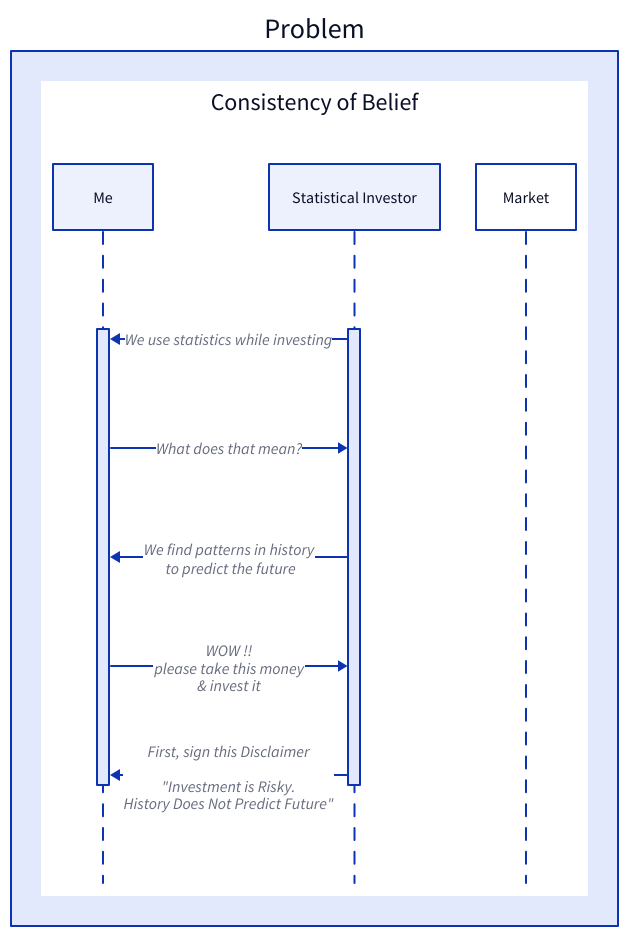
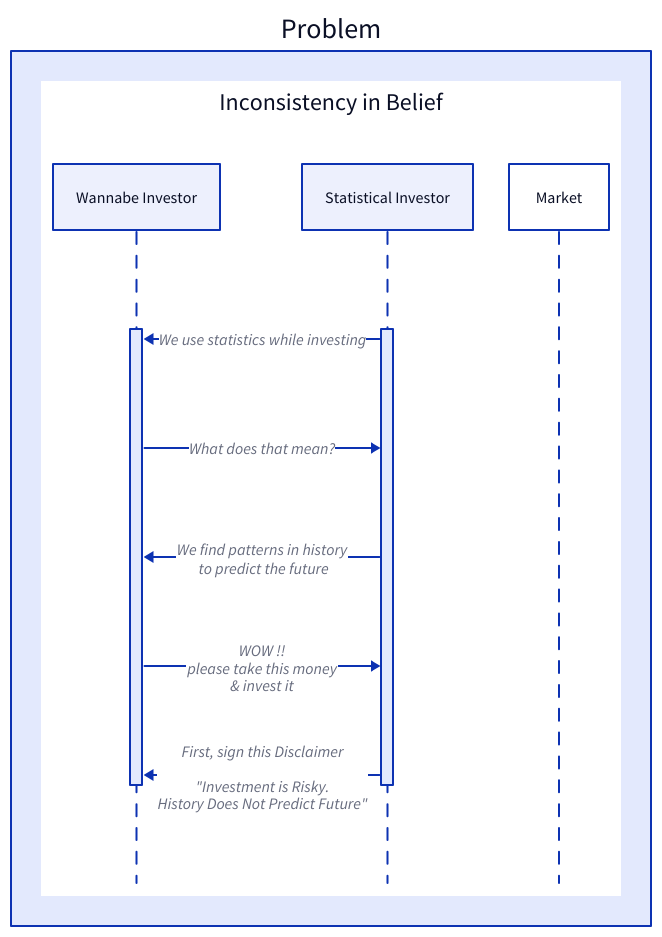
One commit to wqustudent/madoff changed the diagram in report/images/m3__SI__problem_1.d2. Above: the diagram before and after it, drawn with D2. The commit also changed 7 other files, not shown here.

```diff
--- a/report/images/m3__SI__problem_1.d2
+++ b/report/images/m3__SI__problem_1.d2
@@ -1,17 +1,17 @@
 direction: right
 Problem: {
 
-  problem: Consistency of Belief {
+  problem: Inconsistency in Belief {
     shape: sequence_diagram
-    me: Me
+    me: Wannabe Investor
     si: Statistical Investor
     mm: Market
 
     si.entry -> me.entry: We use statistics while investing
     me.entry -> si.entry: What does that mean?
     si.entry -> me.entry: We find patterns in history\n to predict the future
     me.entry -> si.entry: WOW !!\nplease take this money\n& invest it
     si.entry -> me.entry: First, sign this Disclaimer\n\n"Investment is Risky.\nHistory Does Not Predict Future"
 
   }
 }
```
